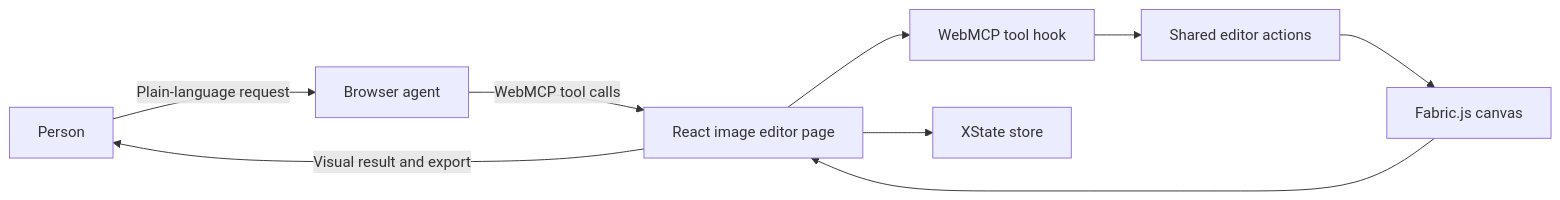
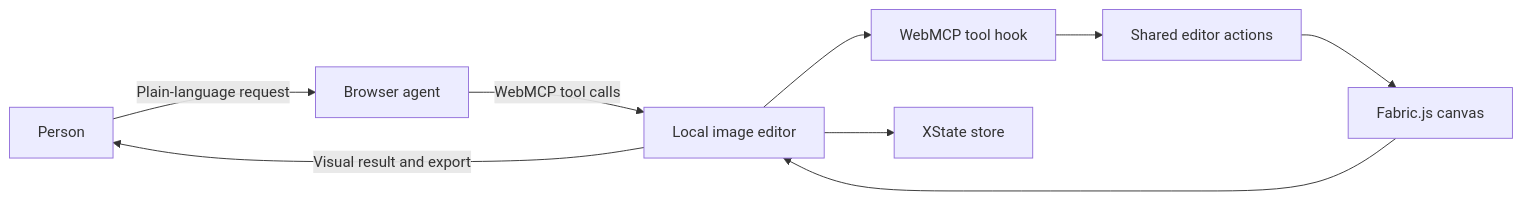
The diagram in README.md (sasivarnan/image-editor-webmcp), drawn with Mermaid before and after one commit. The commit also changed other lines of this file, not shown here.

````diff
--- a/README.md
+++ b/README.md
@@ -37,11 +37,11 @@
 ```mermaid
 flowchart LR
   Person[Person] -->|Plain-language request| Agent[Browser agent]
-  Agent -->|WebMCP tool calls| Page[React image editor page]
+  Agent -->|WebMCP tool calls| Page[Local image editor]
   Page --> Tools[WebMCP tool hook]
   Tools --> Actions[Shared editor actions]
   Actions --> Canvas[Fabric.js canvas]
   Page --> Store[XState store]
   Canvas --> Page
   Page -->|Visual result and export| Person
 ```
````
